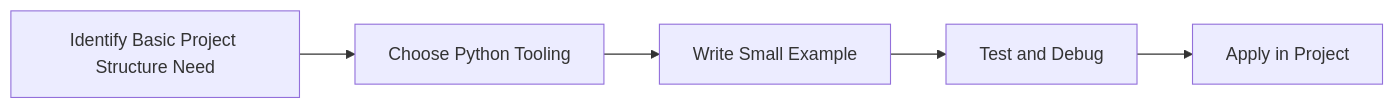
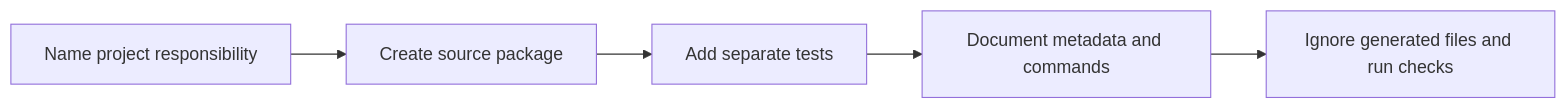
The diagram in Python-Mastery/Beginner/35-basic-project-structure.md (SYMOIZ/E-Learning-Portal), drawn with Mermaid before and after one commit. The commit also changed other lines of this file and 116 other files, not shown here.

````diff
--- a/Python-Mastery/Beginner/35-basic-project-structure.md
+++ b/Python-Mastery/Beginner/35-basic-project-structure.md
@@ -128,7 +154,12 @@
 ```mermaid
 flowchart LR
-    A[Identify Basic Project Structure Need] --> B[Choose Python Tooling]
-    B --> C[Write Small Example]
-    C --> D[Test and Debug]
-    D --> E[Apply in Project]
+    A[Name project responsibility]
+    B[Create source package]
+    C[Add separate tests]
+    D[Document metadata and commands]
+    E[Ignore generated files and run checks]
+    A --> B
+    B --> C
+    C --> D
+    D --> E
 ```
````
